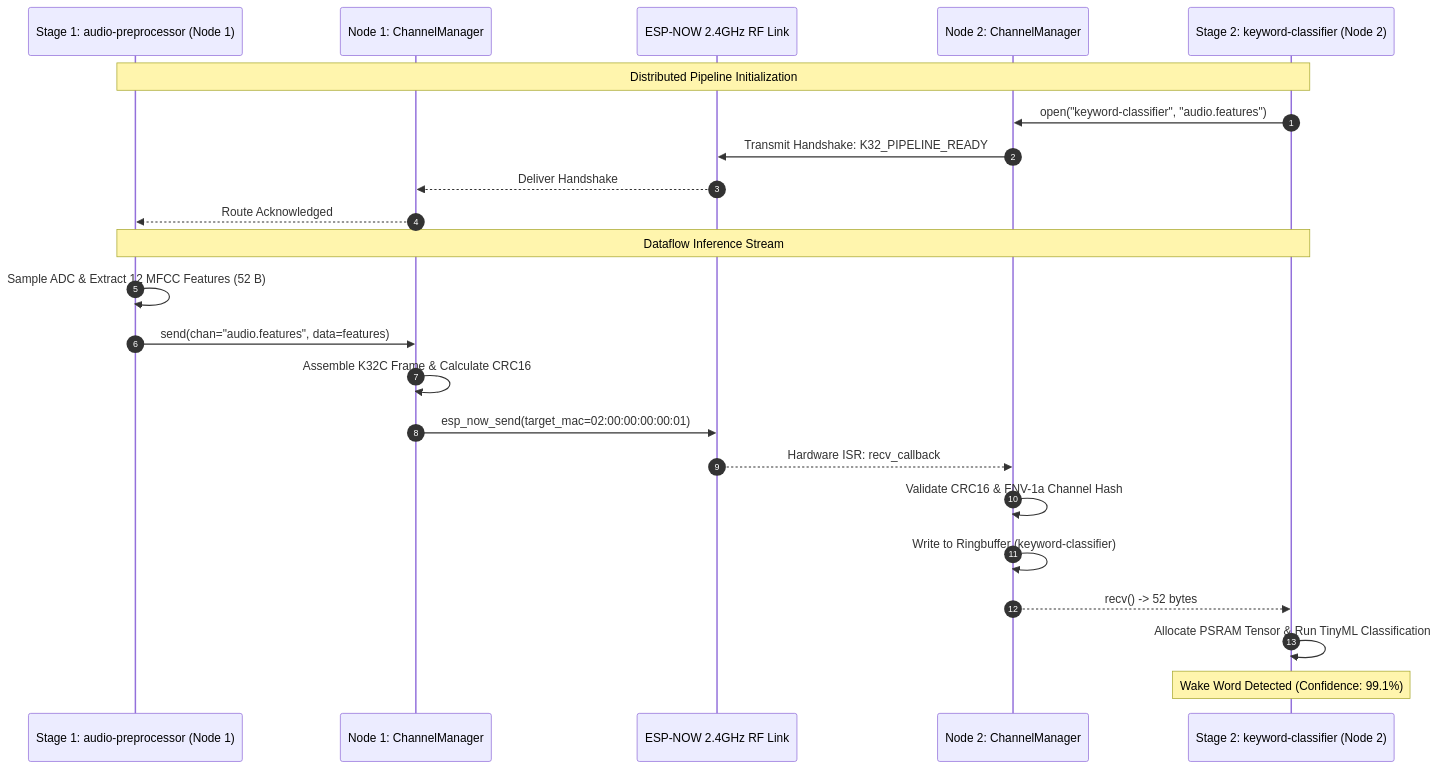
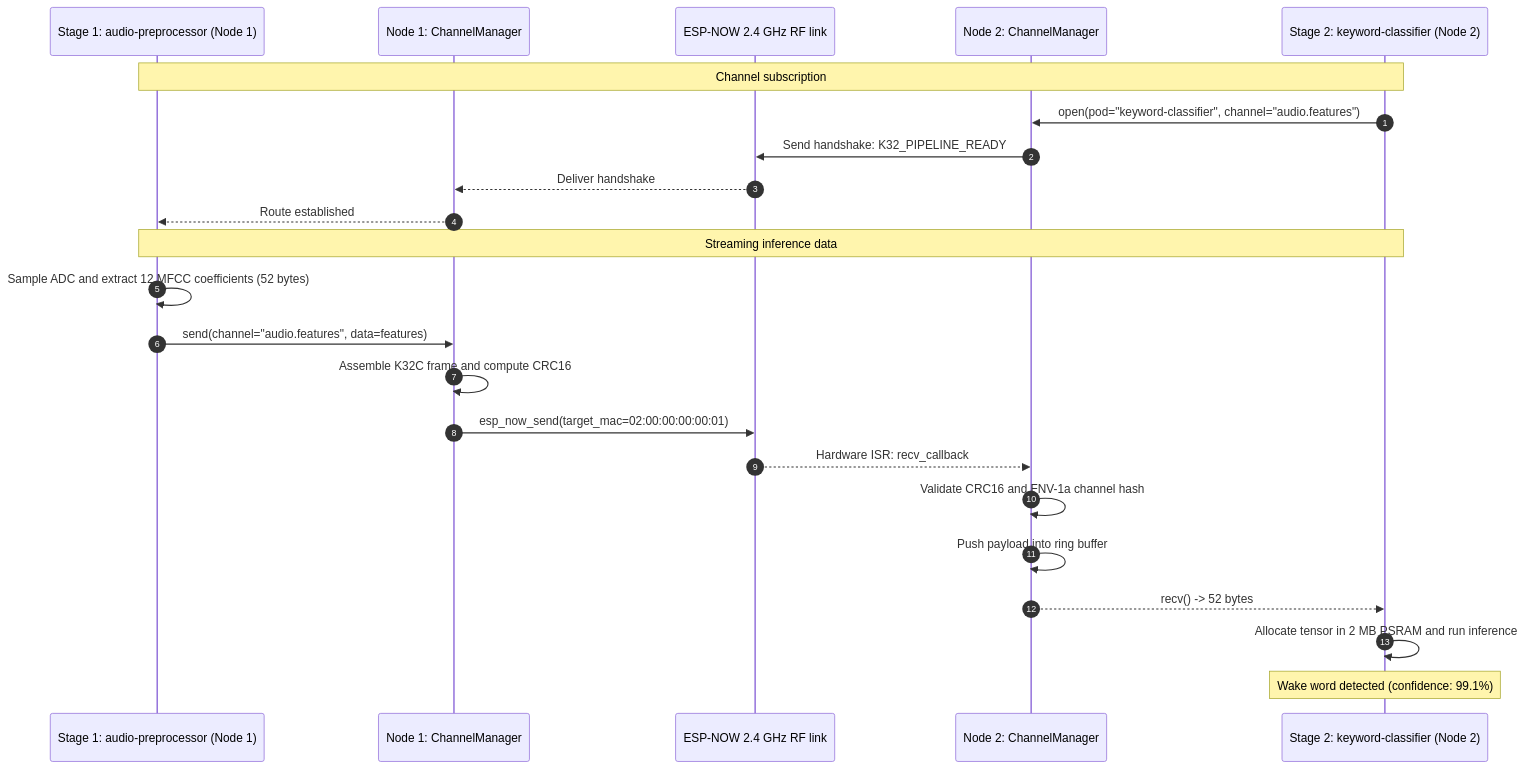
One commit to arterialist/kube32 changed the diagram in docs/architecture/espnow-ipc.md. Above: the diagram before and after it, drawn with Mermaid. The commit also changed other lines of this file and 16 other files, not shown here.

````diff
--- a/docs/architecture/espnow-ipc.md
+++ b/docs/architecture/espnow-ipc.md
@@ -54,27 +59,27 @@
 ```mermaid
 sequenceDiagram
     autonumber
     participant S1 as Stage 1: audio-preprocessor (Node 1)
     participant CH1 as Node 1: ChannelManager
-    participant RF as ESP-NOW 2.4GHz RF Link
+    participant RF as ESP-NOW 2.4 GHz RF link
     participant CH2 as Node 2: ChannelManager
     participant S2 as Stage 2: keyword-classifier (Node 2)
 
-    Note over S1,S2: Distributed Pipeline Initialization
-    S2->>CH2: open("keyword-classifier", "audio.features")
-    CH2->>RF: Transmit Handshake: K32_PIPELINE_READY
-    RF-->>CH1: Deliver Handshake
-    CH1-->>S1: Route Acknowledged
+    Note over S1,S2: Channel subscription
+    S2->>CH2: open(pod="keyword-classifier", channel="audio.features")
+    CH2->>RF: Send handshake: K32_PIPELINE_READY
+    RF-->>CH1: Deliver handshake
+    CH1-->>S1: Route established
 
-    Note over S1,S2: Dataflow Inference Stream
-    S1->>S1: Sample ADC & Extract 12 MFCC Features (52 B)
-    S1->>CH1: send(chan="audio.features", data=features)
-    CH1->>CH1: Assemble K32C Frame & Calculate CRC16
+    Note over S1,S2: Streaming inference data
+    S1->>S1: Sample ADC and extract 12 MFCC coefficients (52 bytes)
+    S1->>CH1: send(channel="audio.features", data=features)
+    CH1->>CH1: Assemble K32C frame and compute CRC16
     CH1->>RF: esp_now_send(target_mac=02:00:00:00:00:01)
     RF-->>CH2: Hardware ISR: recv_callback
-    CH2->>CH2: Validate CRC16 & FNV-1a Channel Hash
-    CH2->>CH2: Write to Ringbuffer (keyword-classifier)
+    CH2->>CH2: Validate CRC16 and FNV-1a channel hash
+    CH2->>CH2: Push payload into ring buffer
     CH2-->>S2: recv() -> 52 bytes
-    S2->>S2: Allocate PSRAM Tensor & Run TinyML Classification
-    Note over S2: Wake Word Detected (Confidence: 99.1%)
+    S2->>S2: Allocate tensor in 2 MB PSRAM and run inference
+    Note over S2: Wake word detected (confidence: 99.1%)
 ```
````
